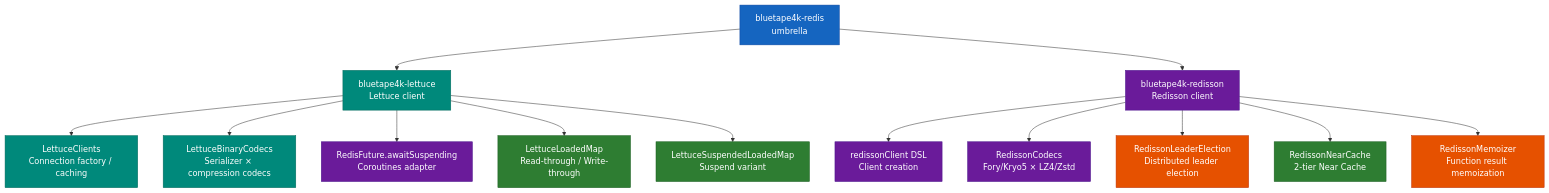
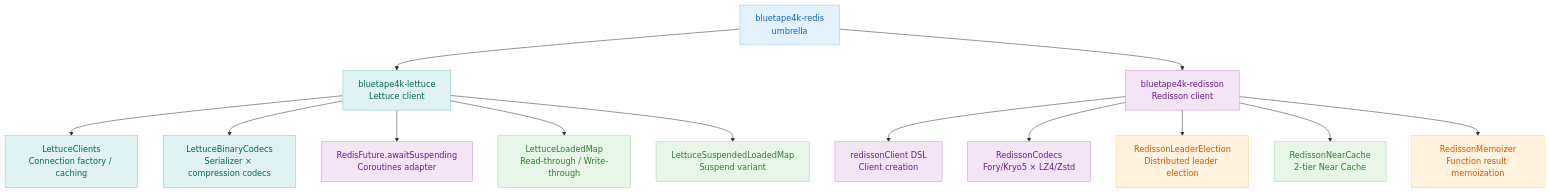
One commit to bluetape4k/bluetape4k-projects changed the first of 2 diagrams in infra/redis/README.md. Above: the diagram before and after it, drawn with Mermaid. The commit also changed other lines of this file and 219 other files, not shown here.

First line of the commit message:
docs: 전체 README Mermaid 다이어그램 가이드 적용

````diff
--- a/infra/redis/README.md
+++ b/infra/redis/README.md
@@ -112,35 +112,35 @@
 ```mermaid
 flowchart TD
     A[bluetape4k-redis<br/>umbrella] --> B[bluetape4k-lettuce<br/>Lettuce client]
     A --> C[bluetape4k-redisson<br/>Redisson client]
 
     B --> B1[LettuceClients<br/>Connection factory / caching]
     B --> B2["LettuceBinaryCodecs<br/>Serializer × compression codecs"]
     B --> B3[RedisFuture.awaitSuspending<br/>Coroutines adapter]
     B --> B4[LettuceLoadedMap<br/>Read-through / Write-through]
     B --> B5[LettuceSuspendedLoadedMap<br/>Suspend variant]
 
     C --> C1[redissonClient DSL<br/>Client creation]
     C --> C2["RedissonCodecs<br/>Fory/Kryo5 × LZ4/Zstd"]
     C --> C3[RedissonLeaderElection<br/>Distributed leader election]
     C --> C4[RedissonNearCache<br/>2-tier Near Cache]
     C --> C5[RedissonMemoizer<br/>Function result memoization]
 
-    classDef umbrellaStyle fill:#1565C0,stroke:#0D47A1,color:#FFFFFF
-    classDef lettuceStyle fill:#00897B,stroke:#00695C,color:#FFFFFF
-    classDef redissonStyle fill:#6A1B9A,stroke:#4A148C,color:#FFFFFF
+    classDef umbrellaStyle fill:#E3F2FD,stroke:#90CAF9,color:#1565C0
+    classDef lettuceStyle fill:#E0F2F1,stroke:#80CBC4,color:#00695C
+    classDef redissonStyle fill:#F3E5F5,stroke:#CE93D8,color:#6A1B9A
 
-    style A fill:#1565C0,stroke:#0D47A1,color:#FFFFFF
-    style B fill:#00897B,stroke:#00695C,color:#FFFFFF
-    style C fill:#6A1B9A,stroke:#4A148C,color:#FFFFFF
-    style B1 fill:#00897B,stroke:#00695C,color:#FFFFFF
-    style B2 fill:#00897B,stroke:#00695C,color:#FFFFFF
-    style B3 fill:#6A1B9A,stroke:#4A148C,color:#FFFFFF
-    style B4 fill:#2E7D32,stroke:#1B5E20,color:#FFFFFF
-    style B5 fill:#2E7D32,stroke:#1B5E20,color:#FFFFFF
-    style C1 fill:#6A1B9A,stroke:#4A148C,color:#FFFFFF
-    style C2 fill:#6A1B9A,stroke:#4A148C,color:#FFFFFF
-    style C3 fill:#E65100,stroke:#BF360C,color:#FFFFFF
-    style C4 fill:#2E7D32,stroke:#1B5E20,color:#FFFFFF
-    style C5 fill:#E65100,stroke:#BF360C,color:#FFFFFF
+    style A fill:#E3F2FD,stroke:#90CAF9,color:#1565C0
+    style B fill:#E0F2F1,stroke:#80CBC4,color:#00695C
+    style C fill:#F3E5F5,stroke:#CE93D8,color:#6A1B9A
+    style B1 fill:#E0F2F1,stroke:#80CBC4,color:#00695C
+    style B2 fill:#E0F2F1,stroke:#80CBC4,color:#00695C
+    style B3 fill:#F3E5F5,stroke:#CE93D8,color:#6A1B9A
+    style B4 fill:#E8F5E9,stroke:#A5D6A7,color:#2E7D32
+    style B5 fill:#E8F5E9,stroke:#A5D6A7,color:#2E7D32
+    style C1 fill:#F3E5F5,stroke:#CE93D8,color:#6A1B9A
+    style C2 fill:#F3E5F5,stroke:#CE93D8,color:#6A1B9A
+    style C3 fill:#FFF3E0,stroke:#FFCC80,color:#E65100
+    style C4 fill:#E8F5E9,stroke:#A5D6A7,color:#2E7D32
+    style C5 fill:#FFF3E0,stroke:#FFCC80,color:#E65100
 ```
````
